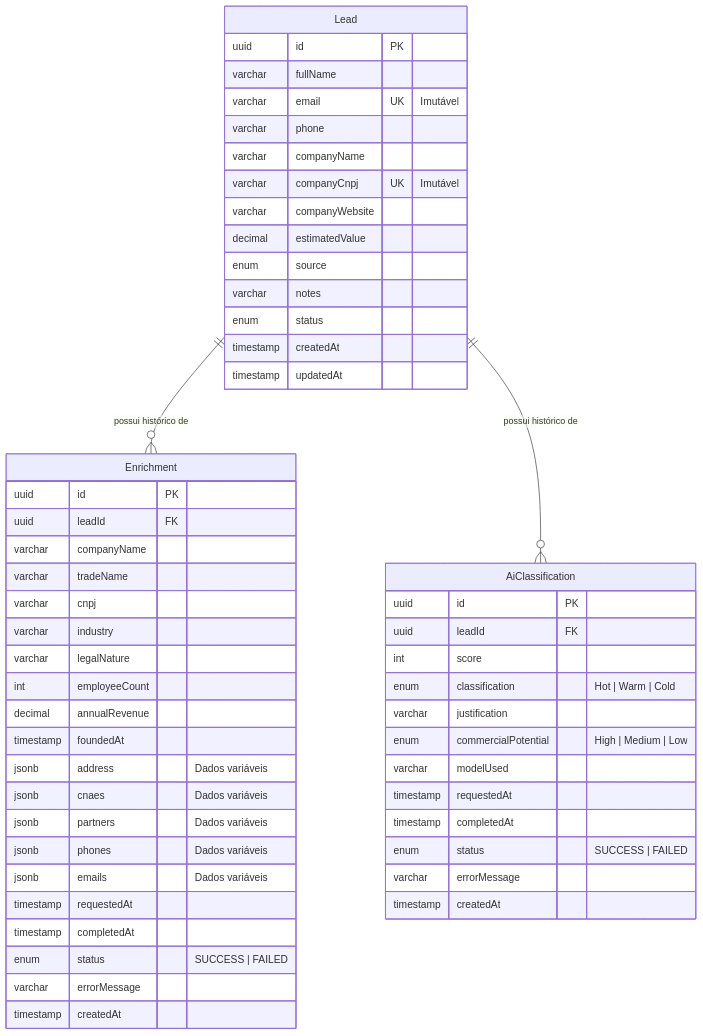
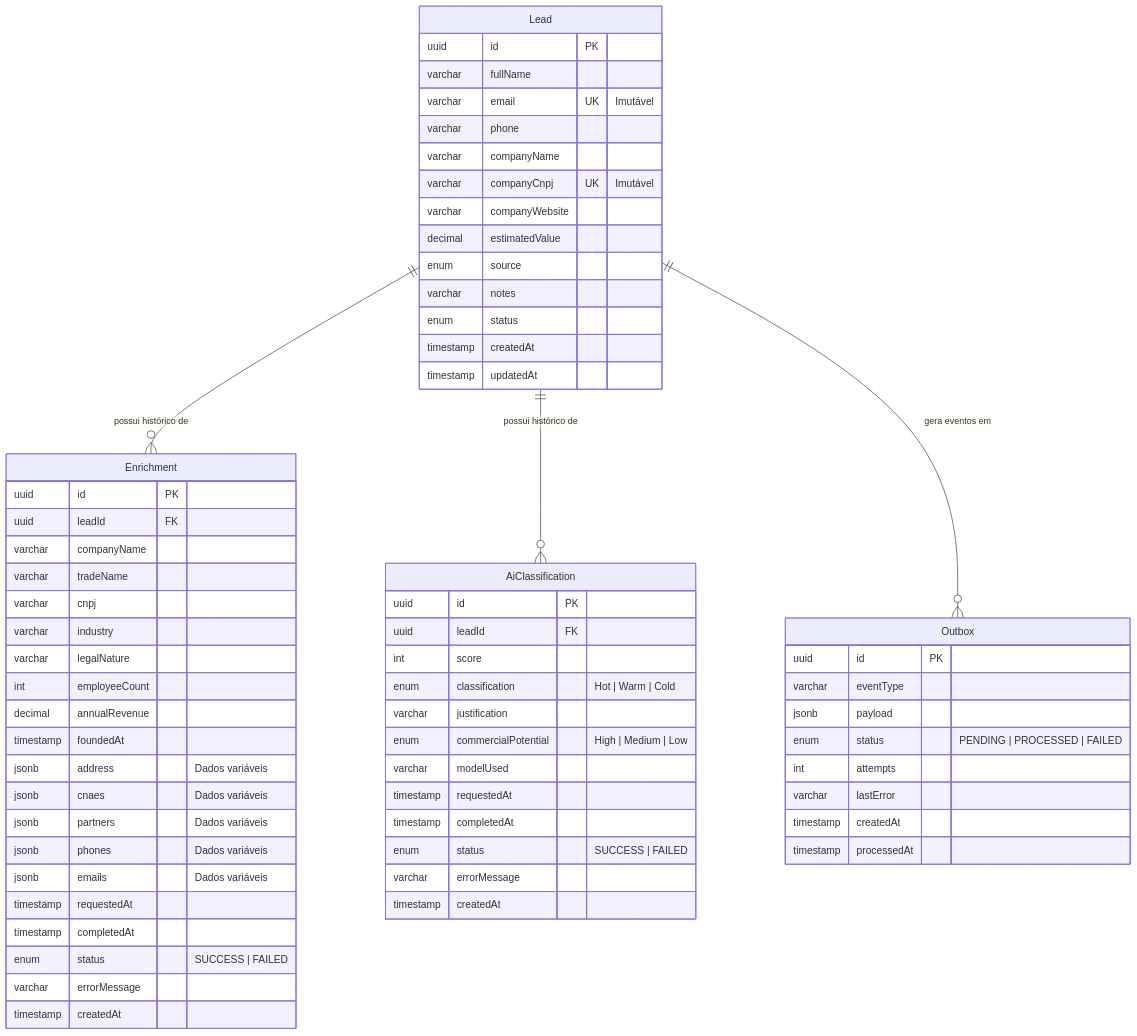
Before and after one commit to luluopa/semantic-lead-intelligence-engine: the second of 2 diagrams in README.pt-BR.md, drawn with Mermaid. The commit also changed other lines of this file and 1 other file, not shown here.

Commit message:
docs: enhance README and README.pt-BR to include Outbox Pattern details, improving clarity on transactional messaging and system architecture

````diff
--- a/README.pt-BR.md
+++ b/README.pt-BR.md
@@ -86,59 +101,71 @@
 ```mermaid
 erDiagram
     Lead {
         uuid id PK
         varchar fullName
         varchar email UK "Imutável"
         varchar phone
         varchar companyName
         varchar companyCnpj UK "Imutável"
         varchar companyWebsite
         decimal estimatedValue
         enum source
         varchar notes
         enum status
         timestamp createdAt
         timestamp updatedAt
     }
 
     Enrichment {
         uuid id PK
         uuid leadId FK
         varchar companyName
         varchar tradeName
         varchar cnpj
         varchar industry
         varchar legalNature
         int employeeCount
         decimal annualRevenue
         timestamp foundedAt
         jsonb address "Dados variáveis"
         jsonb cnaes "Dados variáveis"
         jsonb partners "Dados variáveis"
         jsonb phones "Dados variáveis"
         jsonb emails "Dados variáveis"
         timestamp requestedAt
         timestamp completedAt
         enum status "SUCCESS | FAILED"
         varchar errorMessage
         timestamp createdAt
     }
 
     AiClassification {
         uuid id PK
         uuid leadId FK
         int score
         enum classification "Hot | Warm | Cold"
         varchar justification
         enum commercialPotential "High | Medium | Low"
         varchar modelUsed
         timestamp requestedAt
         timestamp completedAt
         enum status "SUCCESS | FAILED"
         varchar errorMessage
         timestamp createdAt
     }
 
+    Outbox {
+        uuid id PK
+        varchar eventType
+        jsonb payload
+        enum status "PENDING | PROCESSED | FAILED"
+        int attempts
+        varchar lastError
+        timestamp createdAt
+        timestamp processedAt
+    }
+
     Lead ||--o{ Enrichment : "possui histórico de"
     Lead ||--o{ AiClassification : "possui histórico de"
+    Lead ||--o{ Outbox : "gera eventos em"
 ```
````
